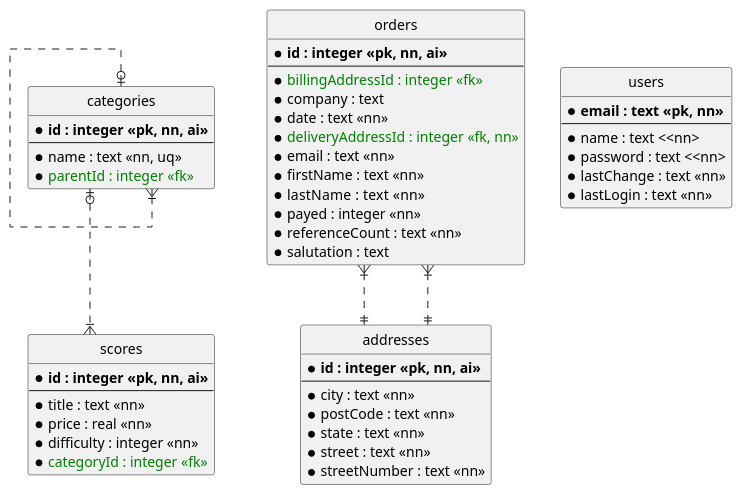
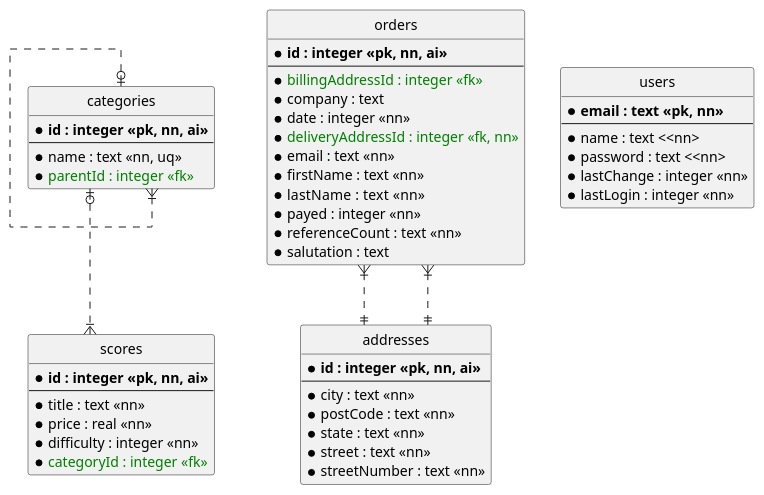
Before and after one commit to mknentwich/core: the diagram in doc/database/database.adoc, drawn with PlantUML. The commit also changed 1 other file, not shown here.

Commit message:
changed any time related types to unix time

```diff
--- a/doc/database/database.adoc
+++ b/doc/database/database.adoc
@@ -8,68 +8,68 @@
 [plantuml, database_model, svg]
 ....
 @startuml
 
 hide circle
 skinparam linetype ortho
 
 ' entities
 
 entity "categories" as cat {
   * **id : integer <<pk, nn, ai>>**
   --
   *name : text <<nn, uq>>
   *<color:green>parentId : integer <<fk>></color>
 }
 
 entity "scores" as sco {
   * **id : integer <<pk, nn, ai>>**
   --
   *title : text <<nn>>
   *price : real <<nn>>
   *difficulty : integer <<nn>>
   *<color:green>categoryId : integer <<fk>></color>
 }
 
 entity "orders" as ord {
   * **id : integer <<pk, nn, ai>>**
   --
   *<color:green>billingAddressId : integer <<fk>></color>
   *company : text
-  *date : text <<nn>>
+  *date : integer <<nn>>
   *<color:green>deliveryAddressId : integer <<fk, nn>></color>
   *email : text <<nn>>
   *firstName : text <<nn>>
   *lastName :  text <<nn>>
   *payed : integer <<nn>>
   *referenceCount : text <<nn>>
   *salutation : text
 }
 
 entity "addresses" as add {
   * **id : integer <<pk, nn, ai>>**
   --
   *city : text <<nn>>
   *postCode : text <<nn>>
   *state : text <<nn>>
   *street : text <<nn>>
   *streetNumber : text <<nn>>
 }
 
 entity "users" {
   * **email : text <<pk, nn>>**
   --
   *name : text <<nn>
   *password : text <<nn>
-  *lastChange : text <<nn>>
-  *lastLogin : text <<nn>>
+  *lastChange : integer <<nn>>
+  *lastLogin : integer <<nn>>
 }
 
 ' relations
 
 cat |o..|{ cat
 cat |o..|{ sco
 ord }|..|| add
 ord }|..|| add
 
 @enduml
 ....
```
